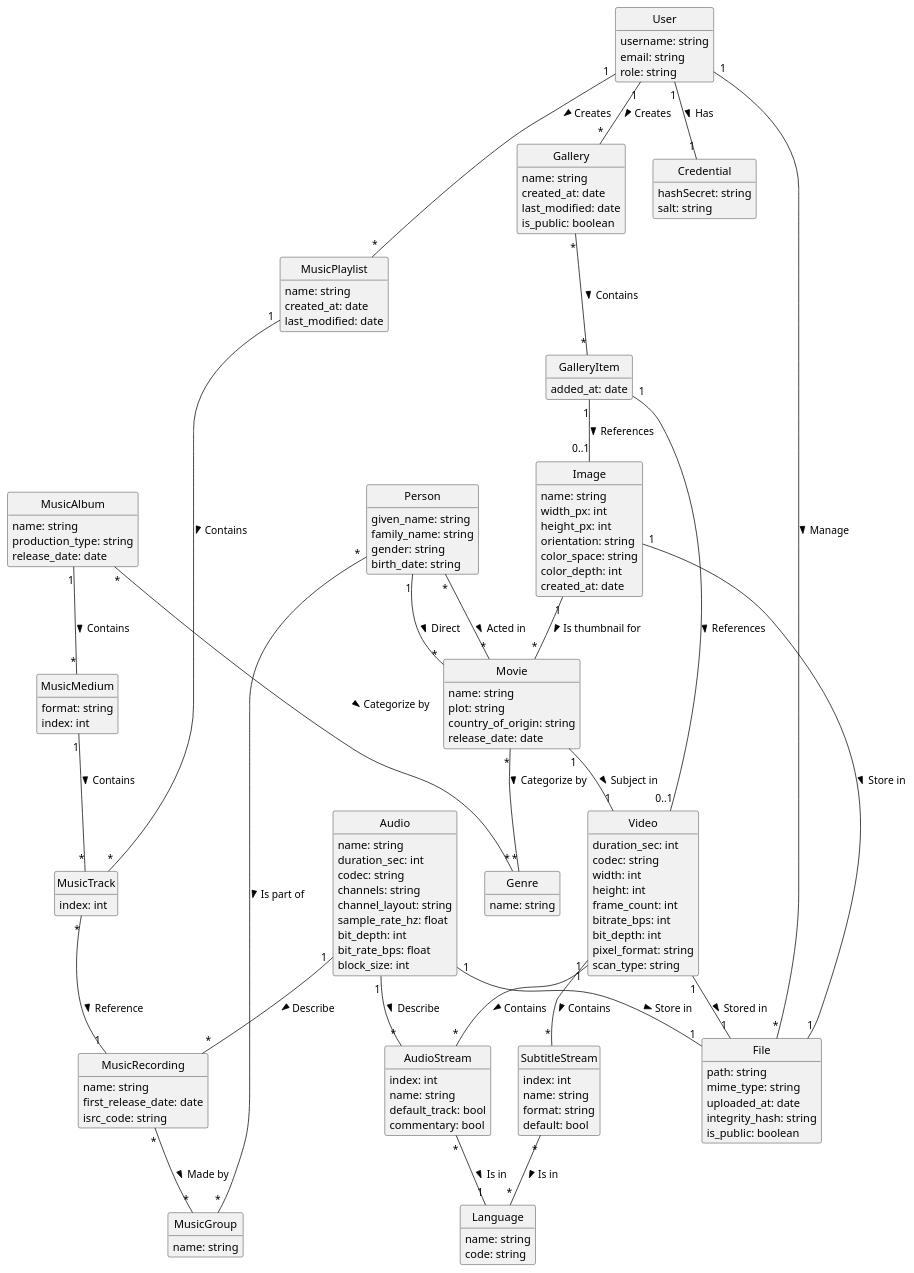
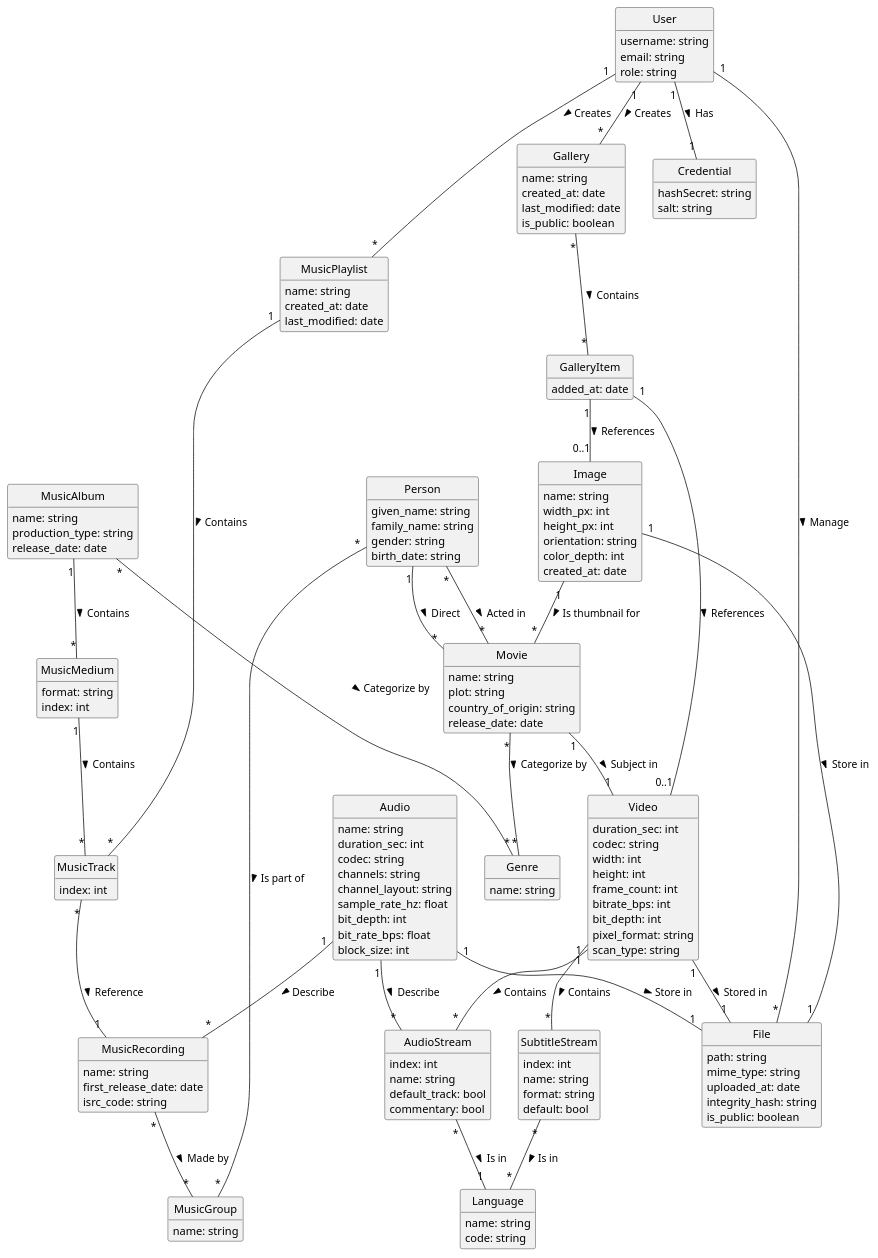
The first of 2 diagrams in docs/development/Overview.md (Mnemorium/mnemorium), drawn with PlantUML before and after one commit. The commit also changed 5 other files, not shown here.

```diff
--- a/docs/development/Overview.md
+++ b/docs/development/Overview.md
@@ -236,7 +236,6 @@
   width_px: int
   height_px: int
   orientation: string
-  color_space: string
   color_depth: int
   created_at: date
 }
```
